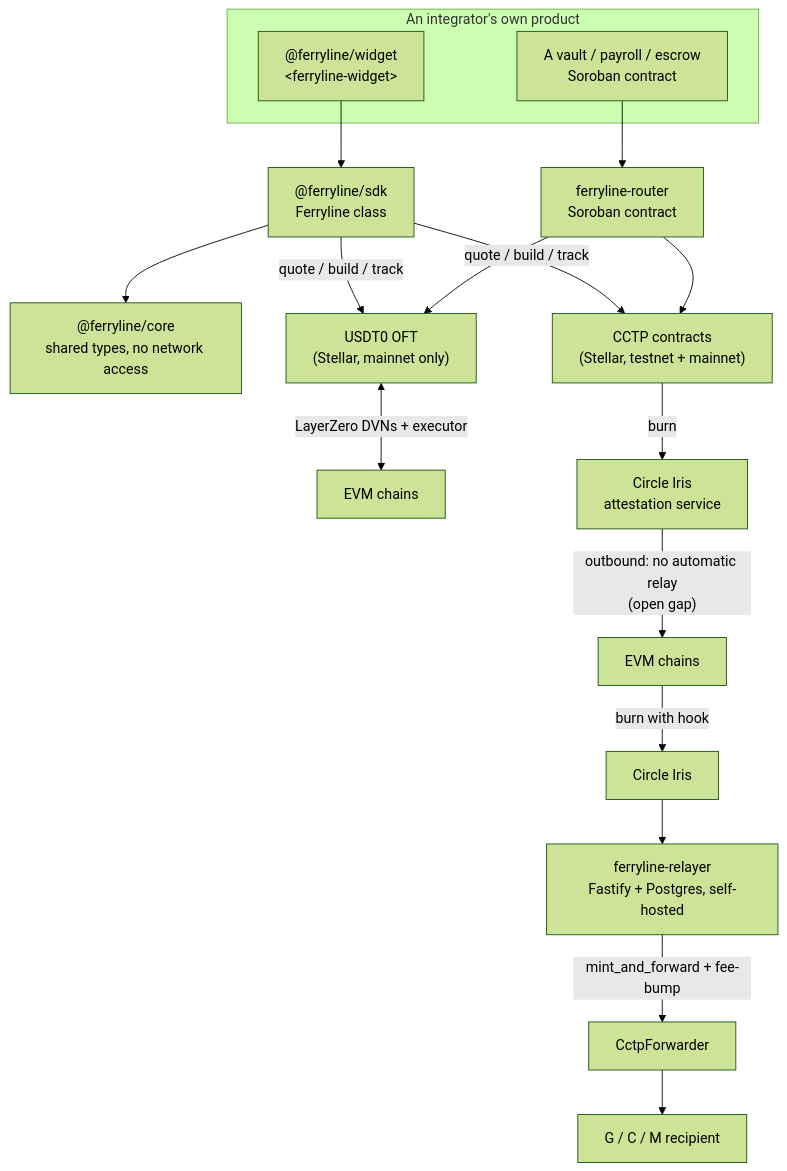
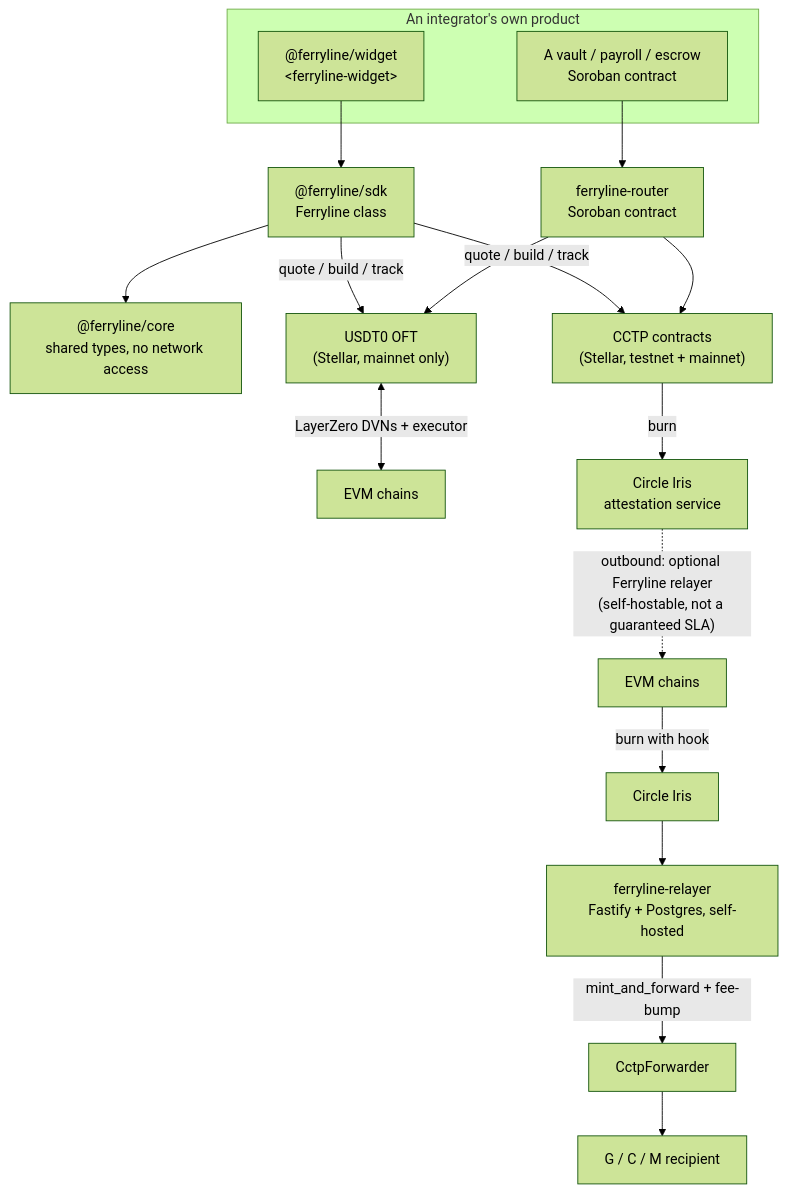
Before and after one commit to ferryline-labs/ferryline: the first of 3 diagrams in ARCHITECTURE.md, drawn with Mermaid (forest theme). The commit also changed other lines of this file and 5 other files, not shown here.

````diff
--- a/ARCHITECTURE.md
+++ b/ARCHITECTURE.md
@@ -58,24 +58,24 @@
 ```mermaid
 flowchart TB
   subgraph Integrator["An integrator's own product"]
     Widget["@ferryline/widget<br/>&lt;ferryline-widget&gt;"]
     Contract["A vault / payroll / escrow<br/>Soroban contract"]
   end
 
   Widget --> SDK["@ferryline/sdk<br/>Ferryline class"]
   Contract --> Router["ferryline-router<br/>Soroban contract"]
   SDK --> Core["@ferryline/core<br/>shared types, no network access"]
 
   SDK -->|"quote / build / track"| USDT0["USDT0 OFT<br/>(Stellar, mainnet only)"]
   SDK -->|"quote / build / track"| CCTP["CCTP contracts<br/>(Stellar, testnet + mainnet)"]
   Router --> USDT0
   Router --> CCTP
 
   USDT0 <-->|"LayerZero DVNs + executor"| EVM1["EVM chains"]
   CCTP -->|"burn"| Iris["Circle Iris<br/>attestation service"]
-  Iris -->|"outbound: no automatic relay<br/>(open gap)"| EVM2["EVM chains"]
+  Iris -.->|"outbound: optional Ferryline relayer<br/>(self-hostable, not a guaranteed SLA)"| EVM2["EVM chains"]
   EVM2 -->|"burn with hook"| Iris2["Circle Iris"]
   Iris2 --> Relayer["ferryline-relayer<br/>Fastify + Postgres, self-hosted"]
   Relayer -->|"mint_and_forward + fee-bump"| Forwarder["CctpForwarder"]
   Forwarder --> Recipient["G / C / M recipient"]
 ```
````
